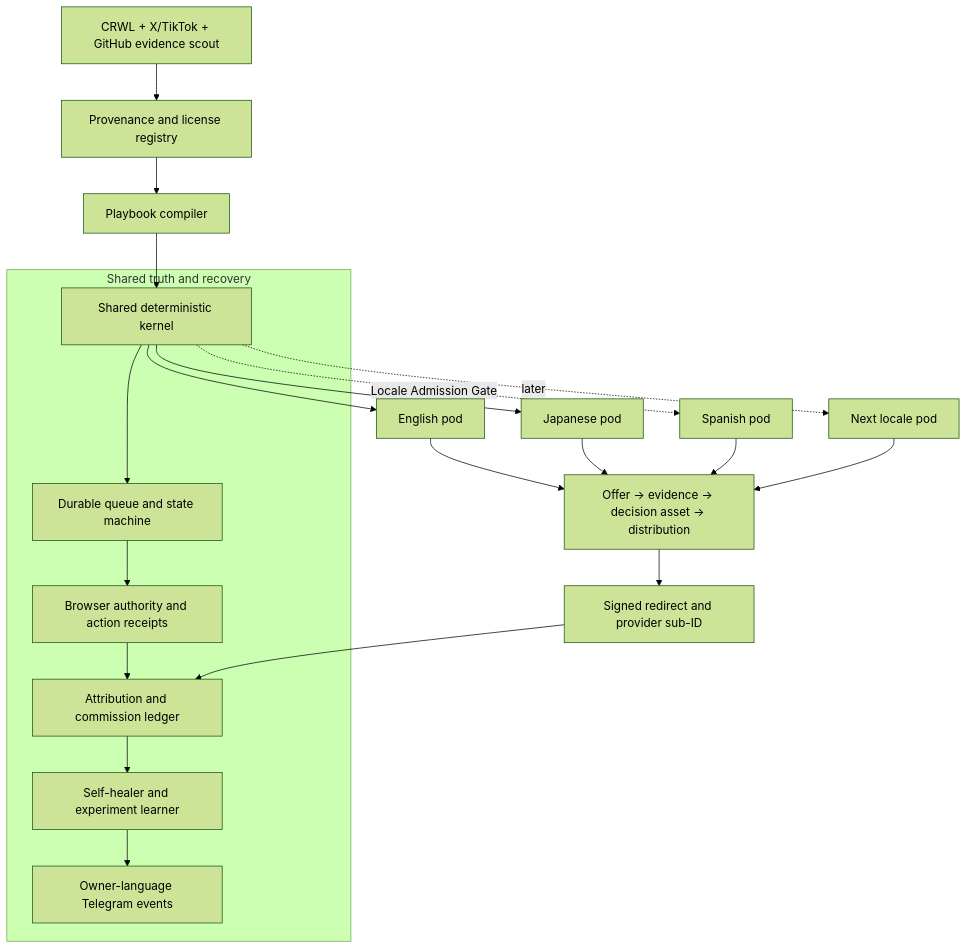
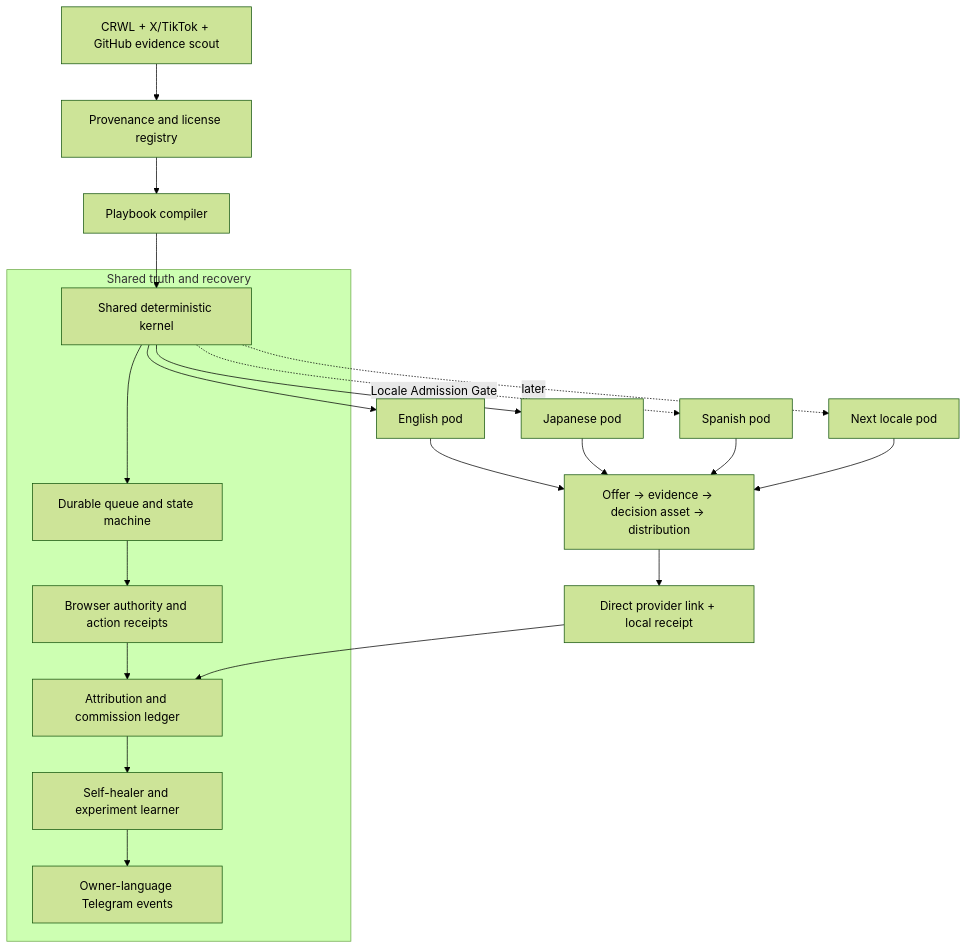
The third of 5 diagrams in docs/affiliate-agent/AFFILIATE-AGENT-SSOT.md (Daisuke134/anicca), drawn with Mermaid (forest theme) before and after one commit. The commit also changed other lines of this file and 10 other files, not shown here.

````diff
--- a/docs/affiliate-agent/AFFILIATE-AGENT-SSOT.md
+++ b/docs/affiliate-agent/AFFILIATE-AGENT-SSOT.md
@@ -472,26 +473,26 @@
 ```mermaid
 flowchart TB
   BP[CRWL + X/TikTok + GitHub evidence scout] --> SR[Provenance and license registry]
   SR --> PC[Playbook compiler]
   PC --> K[Shared deterministic kernel]
 
   subgraph KERNEL[Shared truth and recovery]
     K --> Q[Durable queue and state machine]
     Q --> B[Browser authority and action receipts]
     B --> L[Attribution and commission ledger]
     L --> H[Self-healer and experiment learner]
     H --> TG[Owner-language Telegram events]
   end
 
   K --> EN[English pod]
   K --> JA[Japanese pod]
   K -. Locale Admission Gate .-> ES[Spanish pod]
   K -. later .-> NX[Next locale pod]
 
   EN --> F[Offer → evidence → decision asset → distribution]
   JA --> F
   ES --> F
   NX --> F
-  F --> RD[Signed redirect and provider sub-ID]
+  F --> RD[Direct provider link + local receipt]
   RD --> L
 ```
````
